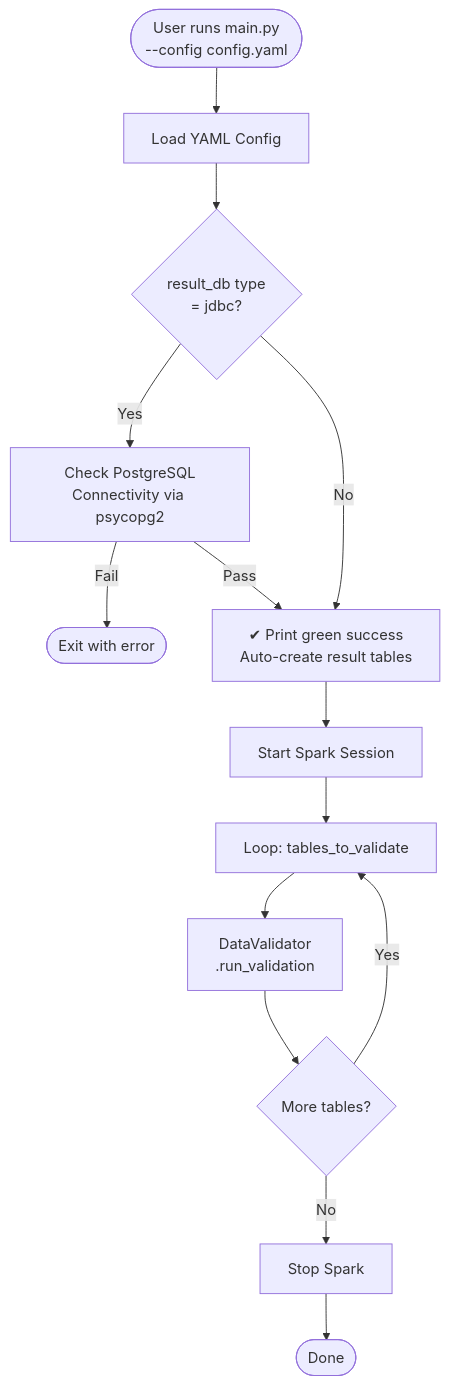
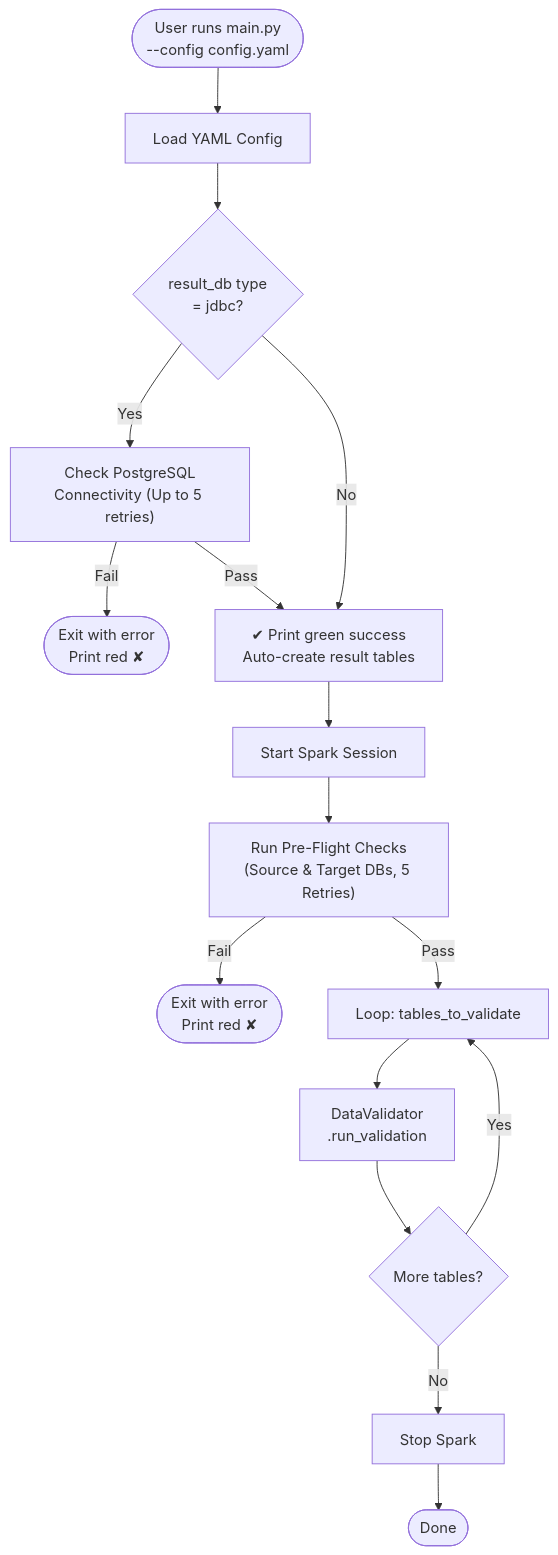
Before and after one commit to Nitin-Magdum/Validation_Framework: the first of 7 diagrams in ARCHITECTURE.md, drawn with Mermaid. The commit also changed 3 other files, not shown here.

Commit message:
feat: Add pre-flight connection retries and colored logging

````diff
--- a/ARCHITECTURE.md
+++ b/ARCHITECTURE.md
@@ -9,16 +9,18 @@
 ```mermaid
 flowchart TD
     A([User runs main.py\n--config config.yaml]) --> B[Load YAML Config]
     B --> C{result_db type\n= jdbc?}
-    C -- Yes --> D[Check PostgreSQL\nConnectivity via psycopg2]
-    D -- Fail --> E([Exit with error])
-    D -- Pass --> F[✔ Print green success\nAuto-create result tables]
+    C -- Yes --> D["Check PostgreSQL\nConnectivity (Up to 5 retries)"]
+    D -- Fail --> E([Exit with error\nPrint red ✘])
+    D -- Pass --> F["✔ Print green success\nAuto-create result tables"]
     C -- No --> F
     F --> G[Start Spark Session]
-    G --> H[Loop: tables_to_validate]
+    G --> G1["Run Pre-Flight Checks\n(Source & Target DBs, 5 Retries)"]
+    G1 -- Fail --> G2([Exit with error\nPrint red ✘])
+    G1 -- Pass --> H[Loop: tables_to_validate]
     H --> I[DataValidator\n.run_validation]
     I --> J{More tables?}
     J -- Yes --> H
     J -- No --> K[Stop Spark]
     K --> L([Done])
 ```
````
